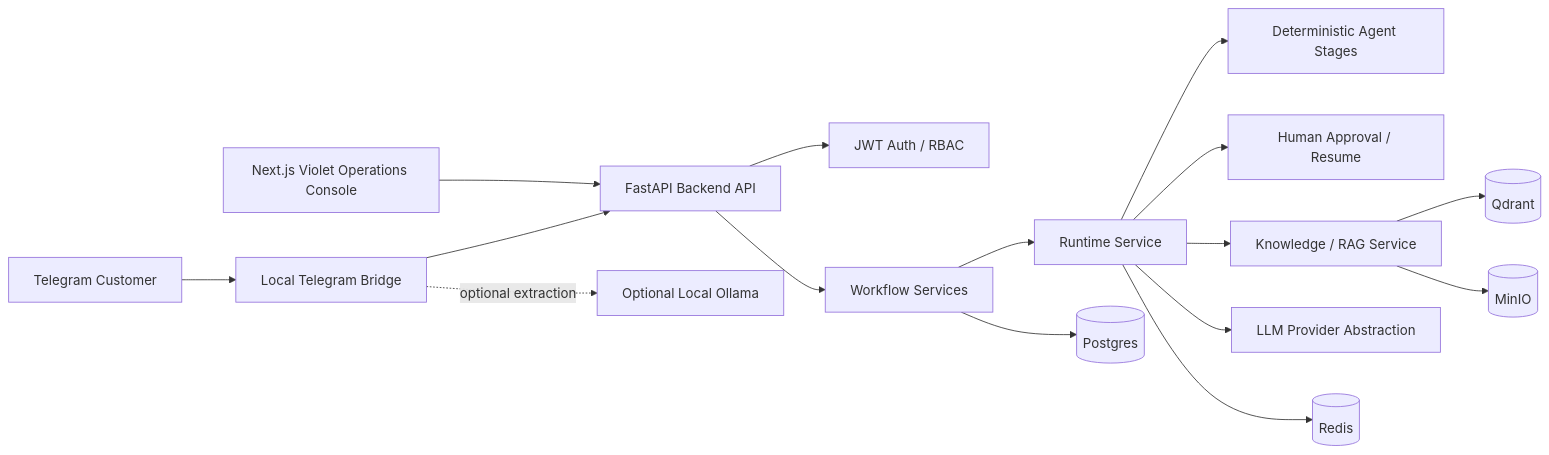
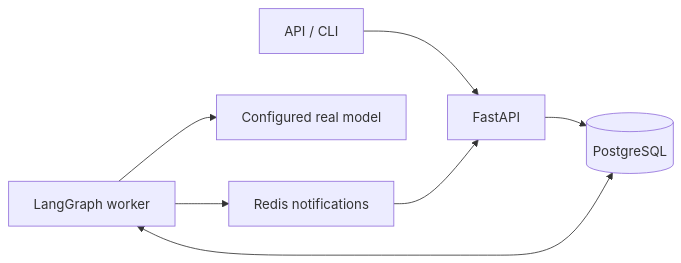
The diagram in README.md (hzjanuary/multi-agent-system), drawn with Mermaid before and after one commit. The commit also changed other lines of this file and 586 other files, not shown here.

Commit message:
feat: extract headless self-hosted workflow runtime

````diff
--- a/README.md
+++ b/README.md
@@ -127,35 +26,9 @@
 ```mermaid
 flowchart LR
-  Telegram[Telegram Customer]
-  Bridge[Local Telegram Bridge]
-  Frontend[Next.js Violet Operations Console]
-  API[FastAPI Backend API]
-  Auth[JWT Auth / RBAC]
-  Workflow[Workflow Services]
-  Runtime[Runtime Service]
-  Agents[Deterministic Agent Stages]
-  Approval[Human Approval / Resume]
-  Knowledge[Knowledge / RAG Service]
-  LLM[LLM Provider Abstraction]
-  Postgres[(Postgres)]
-  Redis[(Redis)]
-  Qdrant[(Qdrant)]
-  MinIO[(MinIO)]
-  Ollama[Optional Local Ollama]
-
-  Telegram --> Bridge
-  Bridge --> API
-  Frontend --> API
-  API --> Auth
-  API --> Workflow
-  Workflow --> Runtime
-  Runtime --> Agents
-  Runtime --> Approval
-  Runtime --> Knowledge
-  Runtime --> LLM
-  Bridge -. optional extraction .-> Ollama
-  Workflow --> Postgres
-  Runtime --> Redis
-  Knowledge --> Qdrant
-  Knowledge --> MinIO
+  Client[API / CLI] --> API[FastAPI]
+  API --> DB[(PostgreSQL)]
+  Worker[LangGraph worker] <--> DB
+  Worker --> Model[Configured real model]
+  Worker --> Redis[Redis notifications]
+  Redis --> API
 ```
````
